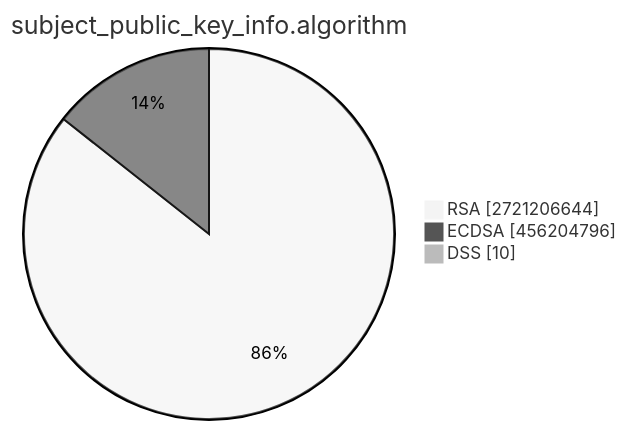
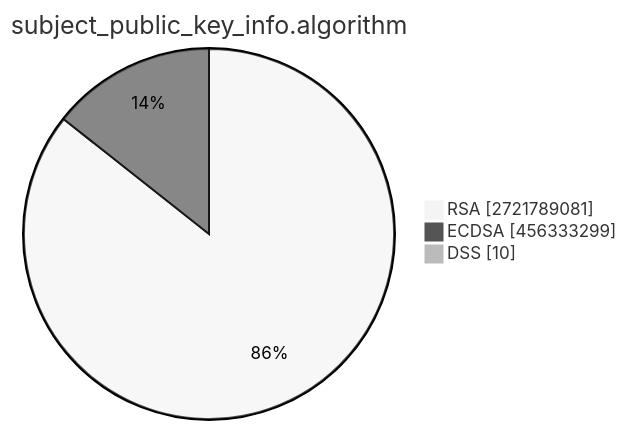
The second of 15 diagrams in TOTAL/README.md (christiankrug/ctmonitor_visualization), drawn with Mermaid (neutral theme) before and after one commit. The commit also changed other lines of this file, not shown here.

````diff
--- a/TOTAL/README.md
+++ b/TOTAL/README.md
@@ -6,7 +6,7 @@
 ```mermaid
 pie showData
 title subject_public_key_info.algorithm
-"RSA" :2721206644
-"ECDSA" :456204796
+"RSA" :2721789081
+"ECDSA" :456333299
 "DSS" :10
 ```
````
